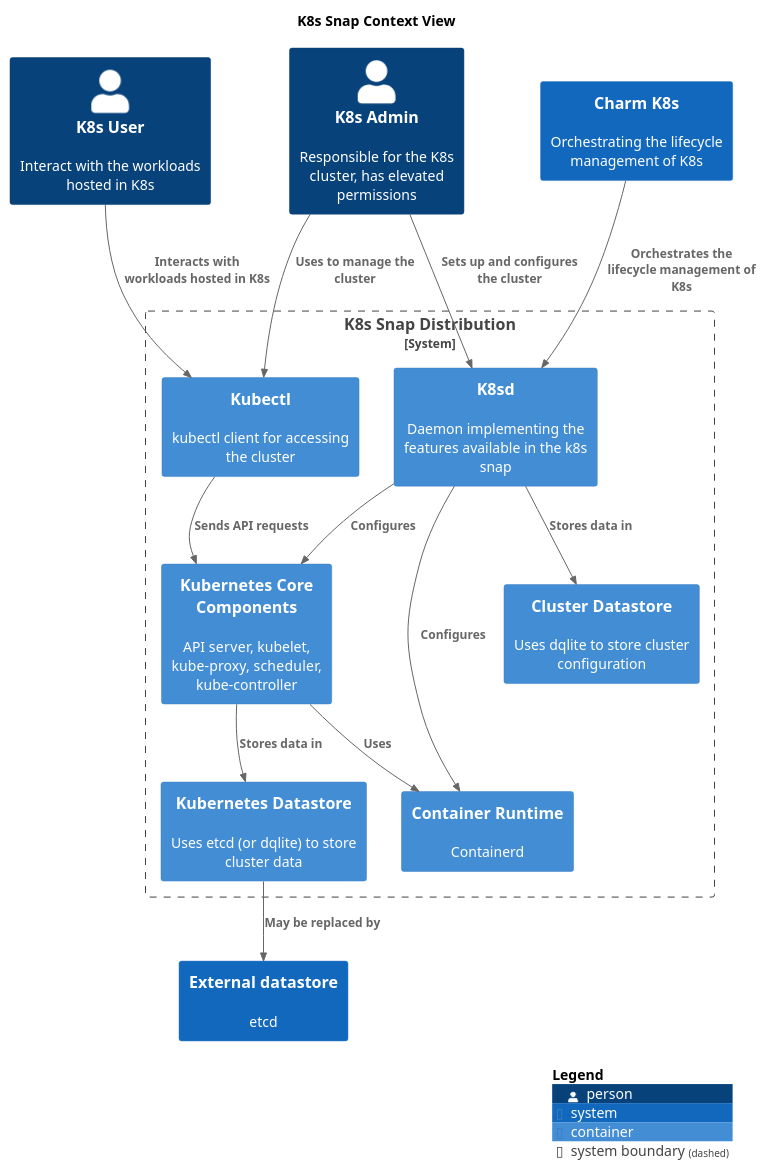
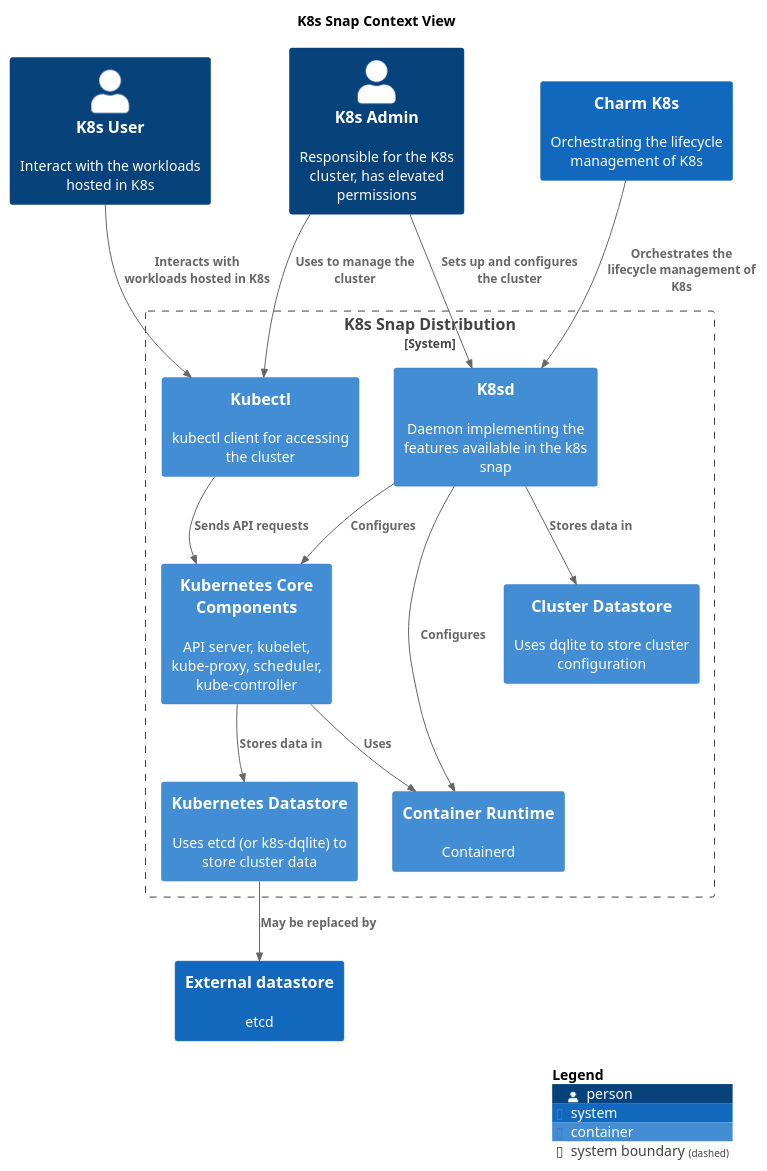
One commit to canonical/k8s-snap changed the diagram in docs/canonicalk8s/assets/k8s-container.puml. Above: the diagram before and after it, drawn with PlantUML. The commit also changed 1 other file, not shown here.

Commit message:
update diagram and naming

```diff
--- a/docs/canonicalk8s/assets/k8s-container.puml
+++ b/docs/canonicalk8s/assets/k8s-container.puml
@@ -1,38 +1,38 @@
 @startuml
 set separator none
 title K8s Snap Context View
 
 top to bottom direction
 
 !include <C4/C4>
 !include <C4/C4_Context>
 !include <C4/C4_Container>
 
 Person(K8sAdmin, "K8s Admin", $descr="Responsible for the K8s cluster, has elevated permissions", $tags="", $link="")
 Person(K8sUser, "K8s User", $descr="Interact with the workloads hosted in K8s", $tags="", $link="")
 System(CharmK8s, "Charm K8s", $descr="Orchestrating the lifecycle management of K8s", $tags="", $link="")
 System(Externaldatastore, "External datastore", $descr="etcd", $tags="", $link="")
 
 System_Boundary("K8sSnapDistribution_boundary", "K8s Snap Distribution", $tags="") {
   Container(K8sSnapDistribution.KubernetesCoreComponents, "Kubernetes Core Components", $techn="", $descr="API server, kubelet, kube-proxy, scheduler, kube-controller", $tags="", $link="")
   Container(K8sSnapDistribution.ContainerRuntime, "Container Runtime", $techn="", $descr="Containerd", $tags="", $link="")
   Container(K8sSnapDistribution.K8sd, "K8sd", $techn="", $descr="Daemon implementing the features available in the k8s snap", $tags="", $link="")
   Container(K8sSnapDistribution.K8sddatastore, "Cluster Datastore", $techn="", $descr="Uses dqlite to store cluster configuration", $tags="", $link="")
   Container(K8sSnapDistribution.Kubectl, "Kubectl", $techn="", $descr="kubectl client for accessing the cluster", $tags="", $link="")
-  Container(K8sSnapDistribution.Kubernetesdatastore, "Kubernetes Datastore", $techn="", $descr="Uses etcd (or dqlite) to store cluster data", $tags="", $link="")
+  Container(K8sSnapDistribution.Kubernetesdatastore, "Kubernetes Datastore", $techn="", $descr="Uses etcd (or k8s-dqlite) to store cluster data", $tags="", $link="")
 }
 
 Rel(K8sAdmin, K8sSnapDistribution.K8sd, "Sets up and configures the cluster", $techn="", $tags="", $link="")
 Rel(K8sAdmin, K8sSnapDistribution.Kubectl, "Uses to manage the cluster", $techn="", $tags="", $link="")
 Rel(K8sUser, K8sSnapDistribution.Kubectl, "Interacts with workloads hosted in K8s", $techn="", $tags="", $link="")
 Rel(CharmK8s, K8sSnapDistribution.K8sd, "Orchestrates the lifecycle management of K8s", $techn="", $tags="", $link="")
 Rel(K8sSnapDistribution.K8sd, K8sSnapDistribution.K8sddatastore, "Stores data in", $techn="", $tags="", $link="")
 Rel(K8sSnapDistribution.KubernetesCoreComponents, K8sSnapDistribution.Kubernetesdatastore, "Stores data in", $techn="", $tags="", $link="")
 Rel(K8sSnapDistribution.Kubernetesdatastore, Externaldatastore, "May be replaced by", $techn="", $tags="", $link="")
 Rel(K8sSnapDistribution.K8sd, K8sSnapDistribution.KubernetesCoreComponents, "Configures", $techn="", $tags="", $link="")
 Rel(K8sSnapDistribution.KubernetesCoreComponents, K8sSnapDistribution.ContainerRuntime, "Uses", $techn="", $tags="", $link="")
 Rel(K8sSnapDistribution.Kubectl, K8sSnapDistribution.KubernetesCoreComponents, "Sends API requests", $techn="", $tags="", $link="")
 Rel(K8sSnapDistribution.K8sd, K8sSnapDistribution.ContainerRuntime, "Configures", $techn="", $tags="", $link="")
 
 SHOW_LEGEND(true)
 @enduml
```
